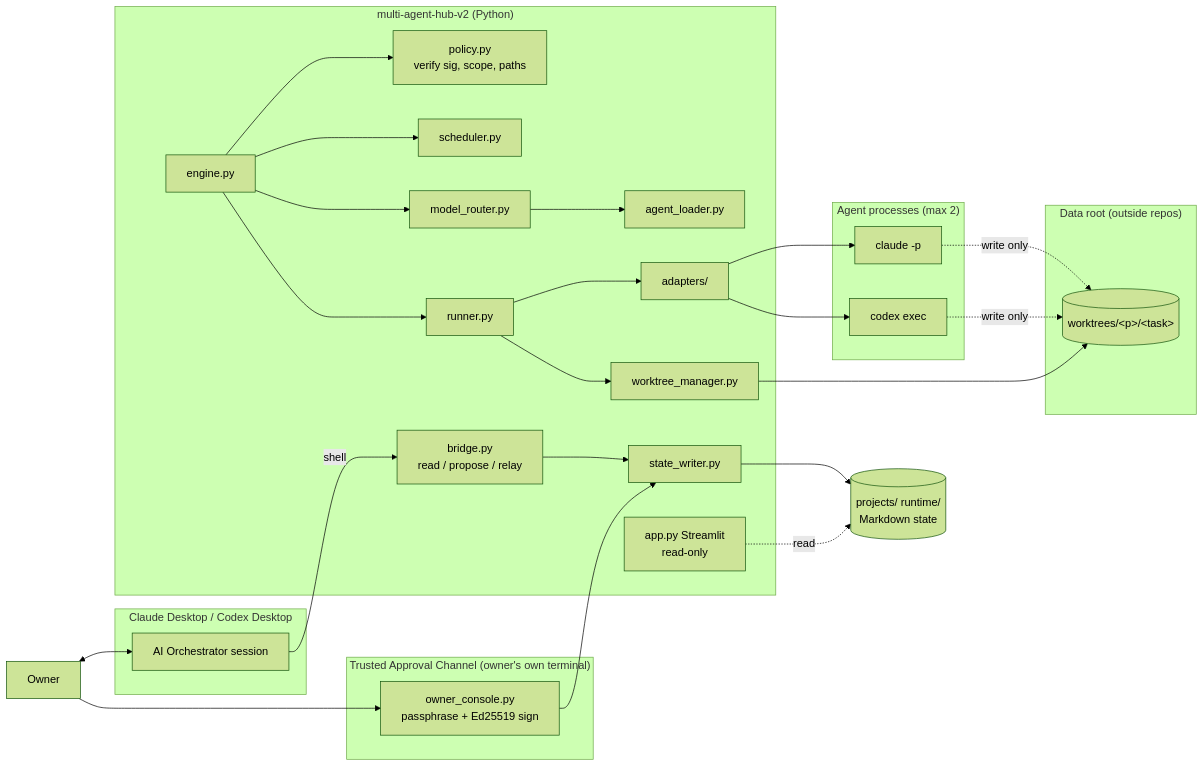
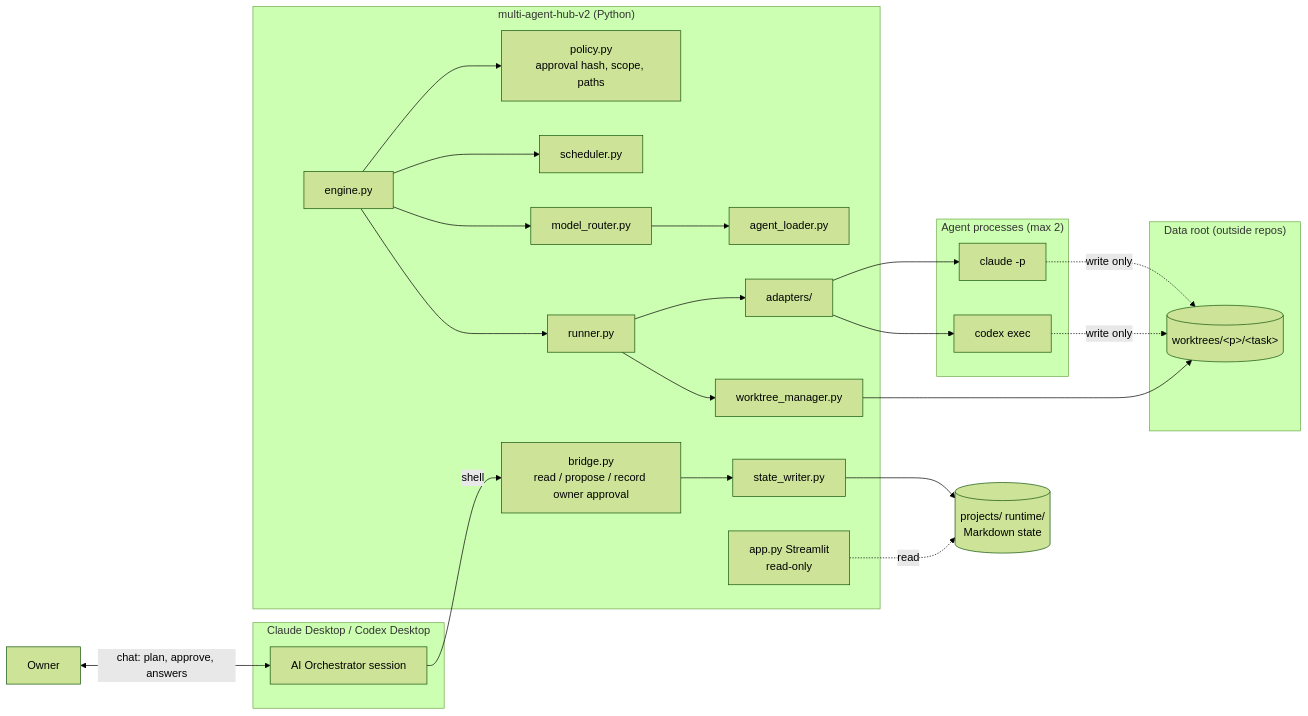
The first of 6 diagrams in docs/ARCHITECTURE.md (wunzent/honeyguide), drawn with Mermaid (forest theme) before and after one commit. The commit also changed other lines of this file and 38 other files, not shown here.

First line of the commit message:
Remove signing: conversational owner approval (PENDING LIVE VERIFICATION)

````diff
--- a/docs/ARCHITECTURE.md
+++ b/docs/ARCHITECTURE.md
@@ -114,42 +111,38 @@
 ```mermaid
 flowchart LR
   O[Owner]
-  subgraph TrustedOwner["Trusted Approval Channel (owner's own terminal)"]
-    OC[owner_console.py<br/>passphrase + Ed25519 sign]
-  end
   subgraph Desktop["Claude Desktop / Codex Desktop"]
     ORC[AI Orchestrator session]
   end
   subgraph Hub["multi-agent-hub-v2 (Python)"]
-    BR[bridge.py<br/>read / propose / relay]
-    POL[policy.py<br/>verify sig, scope, paths]
+    BR[bridge.py<br/>read / propose / record owner approval]
+    POL[policy.py<br/>approval hash, scope, paths]
     ENG[engine.py]
     SCH[scheduler.py]
     RUN[runner.py]
     RT[model_router.py]
     AL[agent_loader.py]
     SW[state_writer.py]
     WT[worktree_manager.py]
     AD[adapters/]
     UI[app.py Streamlit<br/>read-only]
   end
   MD[(projects/ runtime/<br/>Markdown state)]
   subgraph Data["Data root (outside repos)"]
     WTR[(worktrees/&lt;p&gt;/&lt;task&gt;)]
   end
   subgraph Workers["Agent processes (max 2)"]
     C1[claude -p]
     X1[codex exec]
   end
-  O <--> ORC
-  O --> OC --> SW
+  O <-- "chat: plan, approve, answers" --> ORC
   ORC -- shell --> BR --> SW
   ENG --> POL
   ENG --> SCH
   ENG --> RT --> AL
   ENG --> RUN --> AD --> C1 & X1
   RUN --> WT --> WTR
   SW --> MD
   UI -. read .-> MD
   C1 & X1 -. write only .-> WTR
 ```
````
